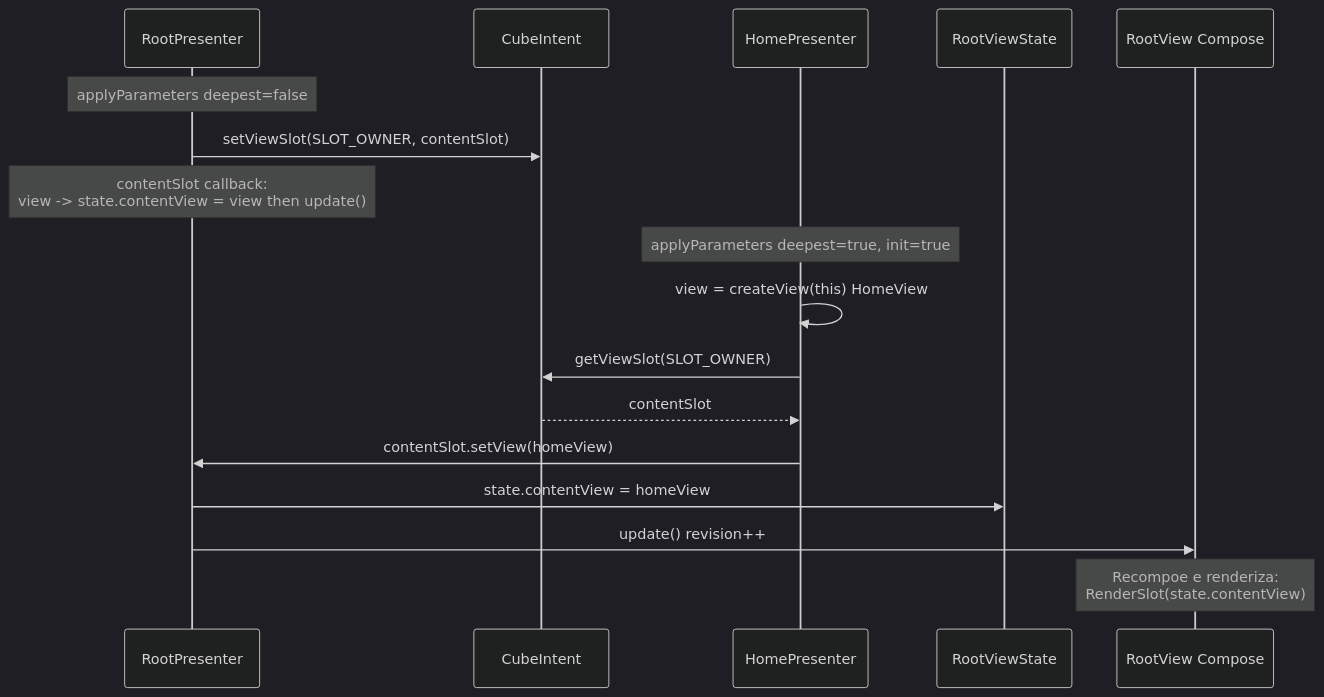
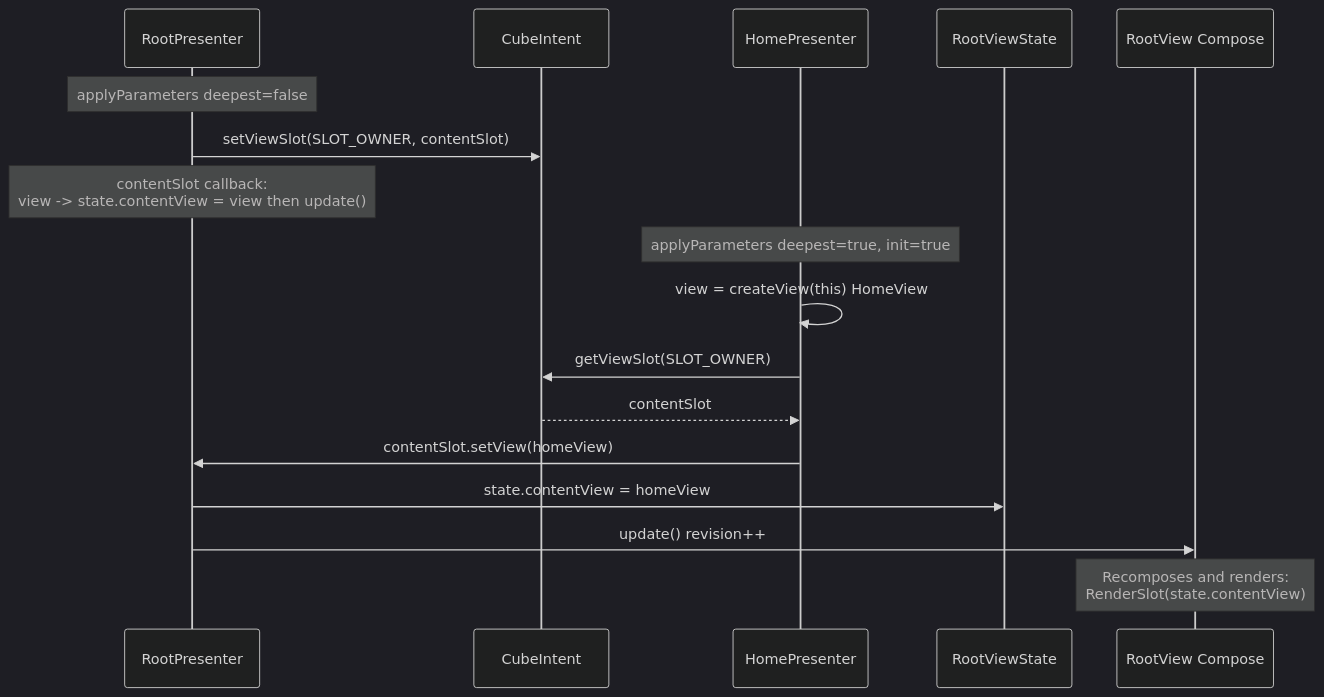
One commit to mrcdom/wdc-cube-kotlin changed the sixth of 9 diagrams in docs/architecture-cube-compose.md. Above: the diagram before and after it, drawn with Mermaid (dark theme). The commit also changed other lines of this file and 10 other files, not shown here.

First line of the commit message:
docs: architecture docs and top-level READMEs in US English

````diff
--- a/docs/architecture-cube-compose.md
+++ b/docs/architecture-cube-compose.md
@@ -342,21 +342,21 @@
 ```mermaid
 sequenceDiagram
     participant Root as RootPresenter
     participant Intent as CubeIntent
     participant Home as HomePresenter
     participant RootState as RootViewState
     participant RootView as RootView Compose
 
     Note over Root: applyParameters deepest=false
     Root->>Intent: setViewSlot(SLOT_OWNER, contentSlot)
     Note over Root: contentSlot callback:<br/>view -> state.contentView = view then update()
 
     Note over Home: applyParameters deepest=true, init=true
     Home->>Home: view = createView(this) HomeView
     Home->>Intent: getViewSlot(SLOT_OWNER)
     Intent-->>Home: contentSlot
     Home->>Root: contentSlot.setView(homeView)
     Root->>RootState: state.contentView = homeView
     Root->>RootView: update() revision++
-    Note over RootView: Recompoe e renderiza:<br/>RenderSlot(state.contentView)
+    Note over RootView: Recomposes and renders:<br/>RenderSlot(state.contentView)
 ```
````
